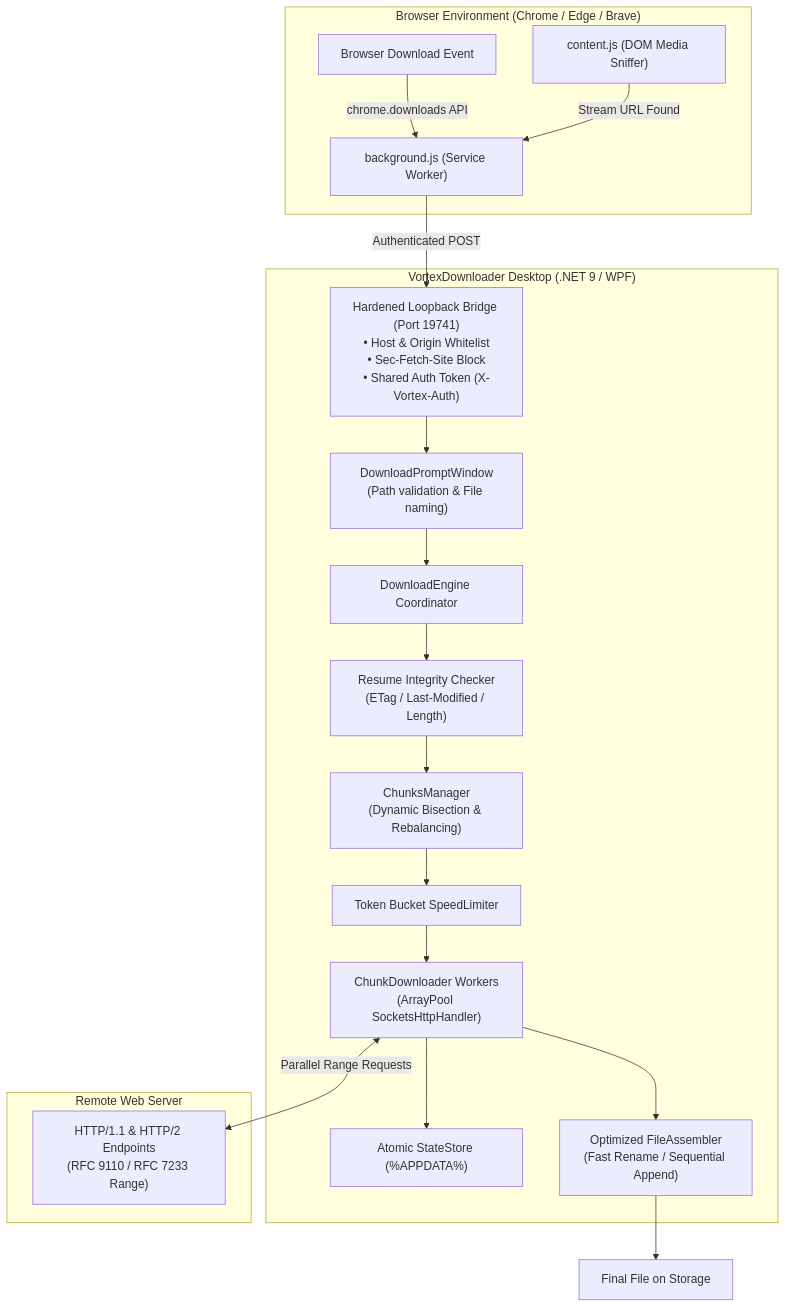
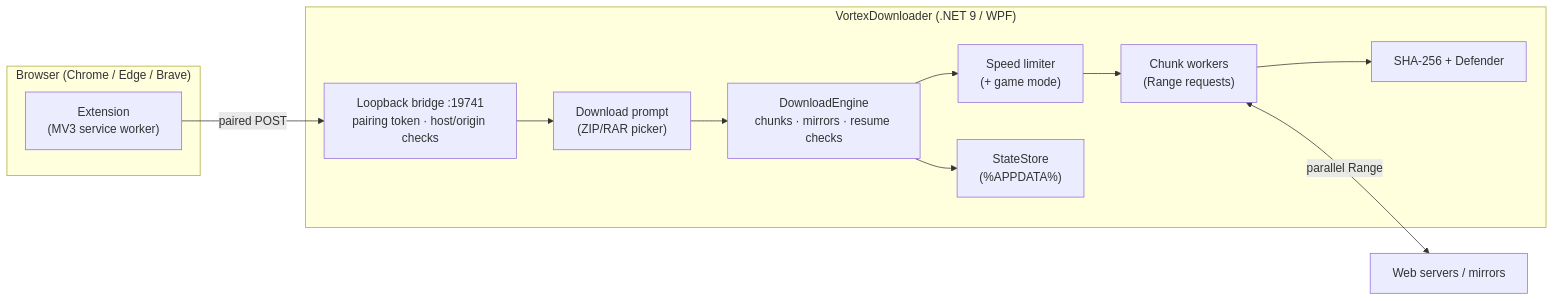
One commit to Armone0/VortexDownloader changed the diagram in README.md. Above: the diagram before and after it, drawn with Mermaid. The commit also changed other lines of this file and 4 other files, not shown here.

First line of the commit message:
release: v1.8.0 - multi-mirror, ZIP/RAR file picking, game mode

````diff
--- a/README.md
+++ b/README.md
@@ -81,38 +88,21 @@
 ```mermaid
-flowchart TD
-    subgraph Browser["Browser Environment (Chrome / Edge / Brave)"]
-        CS["content.js (DOM Media Sniffer)"]
-        EXT["background.js (Service Worker)"]
-        DL["Browser Download Event"]
-        DL -->|chrome.downloads API| EXT
-        CS -->|Stream URL Found| EXT
+flowchart LR
+    subgraph Browser["Browser (Chrome / Edge / Brave)"]
+        EXT["Extension<br/>(MV3 service worker)"]
     end
+    subgraph App["VortexDownloader (.NET 9 / WPF)"]
+        BRIDGE["Loopback bridge :19741<br/>pairing token · host/origin checks"]
+        PROMPT["Download prompt<br/>(ZIP/RAR picker)"]
+        ENGINE["DownloadEngine<br/>chunks · mirrors · resume checks"]
+        LIMIT["Speed limiter<br/>(+ game mode)"]
+        WORKERS["Chunk workers<br/>(Range requests)"]
+        STATE["StateStore<br/>(%APPDATA%)"]
+        CHECK["SHA-256 + Defender"]
+    end
+    SERVERS["Web servers / mirrors"]
 
-    subgraph DesktopApp["VortexDownloader Desktop (.NET 9 / WPF)"]
-        BRIDGE["Hardened Loopback Bridge (Port 19741)\n• Host & Origin Whitelist\n• Sec-Fetch-Site Block\n• Shared Auth Token (X-Vortex-Auth)"]
-        PROMPT["DownloadPromptWindow\n(Path validation & File naming)"]
-        ENGINE["DownloadEngine Coordinator"]
-        INTEG["Resume Integrity Checker\n(ETag / Last-Modified / Length)"]
-        CHUNKS["ChunksManager\n(Dynamic Bisection & Rebalancing)"]
-        LIMITER["Token Bucket SpeedLimiter"]
-        SOCKETS["ChunkDownloader Workers\n(ArrayPool<byte> SocketsHttpHandler)"]
-        STATE["Atomic StateStore (%APPDATA%)"]
-        ASSEMBLER["Optimized FileAssembler\n(Fast Rename / Sequential Append)"]
-    end
-
-    subgraph Remote["Remote Web Server"]
-        HTTP["HTTP/1.1 & HTTP/2 Endpoints\n(RFC 9110 / RFC 7233 Range)"]
-    end
-
-    EXT -->|Authenticated POST| BRIDGE
-    BRIDGE --> PROMPT
-    PROMPT --> ENGINE
-    ENGINE --> INTEG
-    INTEG --> CHUNKS
-    CHUNKS --> LIMITER
-    LIMITER --> SOCKETS
-    SOCKETS <-->|Parallel Range Requests| HTTP
-    SOCKETS --> STATE
-    SOCKETS --> ASSEMBLER
-    ASSEMBLER --> TARGET["Final File on Storage"]
+    EXT -->|paired POST| BRIDGE --> PROMPT --> ENGINE --> LIMIT --> WORKERS
+    WORKERS <-->|parallel Range| SERVERS
+    ENGINE --> STATE
+    WORKERS --> CHECK
 ```
````
